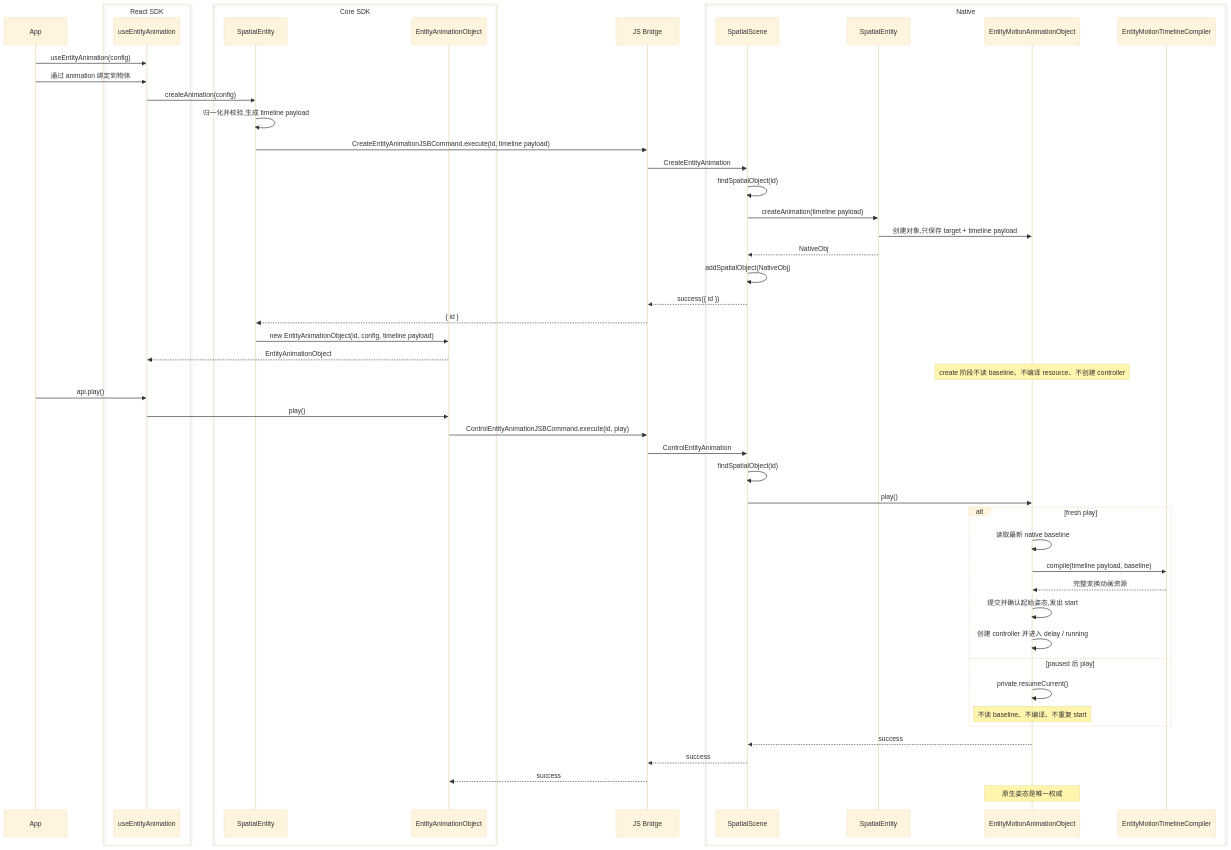
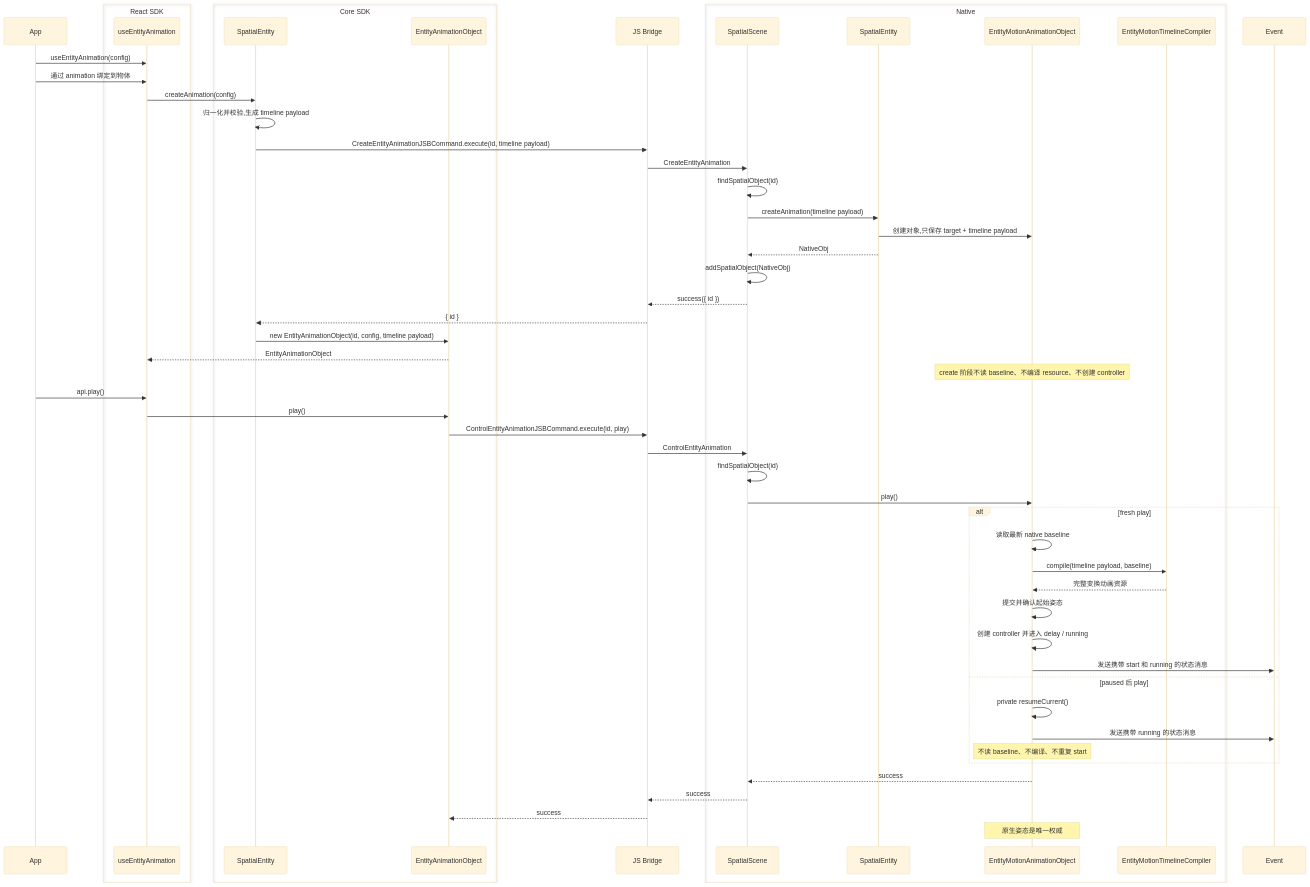
Before and after one commit to webspatial/webspatial-sdk: the third of 14 diagrams in openspec/changes/redesign-entity-motion-api/design.zh.md, drawn with Mermaid (base theme). The commit also changed other lines of this file and 33 other files, not shown here.

````diff
--- a/openspec/changes/redesign-entity-motion-api/design.zh.md
+++ b/openspec/changes/redesign-entity-motion-api/design.zh.md
@@ -310,55 +310,57 @@
 ```mermaid
 sequenceDiagram
     participant App
     box React SDK
         participant Hook as useEntityAnimation
     end
     box Core SDK
         participant Entity as SpatialEntity
         participant Obj as EntityAnimationObject
     end
     participant Bridge as JS Bridge
     box Native
         participant Scene as SpatialScene
         participant NativeEntity as SpatialEntity
         participant NativeObj as EntityMotionAnimationObject
         participant Compiler as EntityMotionTimelineCompiler
     end
 
     App->>Hook: useEntityAnimation(config)
     App->>Hook: 通过 animation 绑定到物体
     Hook->>Entity: createAnimation(config)
     Entity->>Entity: 归一化并校验,生成 timeline payload
     Entity->>Bridge: CreateEntityAnimationJSBCommand.execute(id, timeline payload)
     Bridge->>Scene: CreateEntityAnimation
     Scene->>Scene: findSpatialObject(id)
     Scene->>NativeEntity: createAnimation(timeline payload)
     NativeEntity->>NativeObj: 创建对象,只保存 target + timeline payload
     NativeEntity-->>Scene: NativeObj
     Scene->>Scene: addSpatialObject(NativeObj)
     Scene-->>Bridge: success({ id })
     Bridge-->>Entity: { id }
     Entity->>Obj: new EntityAnimationObject(id, config, timeline payload)
     Obj-->>Hook: EntityAnimationObject
     Note over NativeObj: create 阶段不读 baseline、不编译 resource、不创建 controller
     App->>Hook: api.play()
     Hook->>Obj: play()
     Obj->>Bridge: ControlEntityAnimationJSBCommand.execute(id, play)
     Bridge->>Scene: ControlEntityAnimation
     Scene->>Scene: findSpatialObject(id)
     Scene->>NativeObj: play()
     alt fresh play
         NativeObj->>NativeObj: 读取最新 native baseline
         NativeObj->>Compiler: compile(timeline payload, baseline)
         Compiler-->>NativeObj: 完整变换动画资源
-        NativeObj->>NativeObj: 提交并确认起始姿态,发出 start
+        NativeObj->>NativeObj: 提交并确认起始姿态
         NativeObj->>NativeObj: 创建 controller 并进入 delay / running
+        NativeObj->>Event: 发送携带 start 和 running 的状态消息
     else paused 后 play
         NativeObj->>NativeObj: private resumeCurrent()
+        NativeObj->>Event: 发送携带 running 的状态消息
         Note over NativeObj: 不读 baseline、不编译、不重复 start
     end
     NativeObj-->>Scene: success
     Scene-->>Bridge: success
     Bridge-->>Obj: success
     Note over NativeObj: 原生姿态是唯一权威
 ```
````
